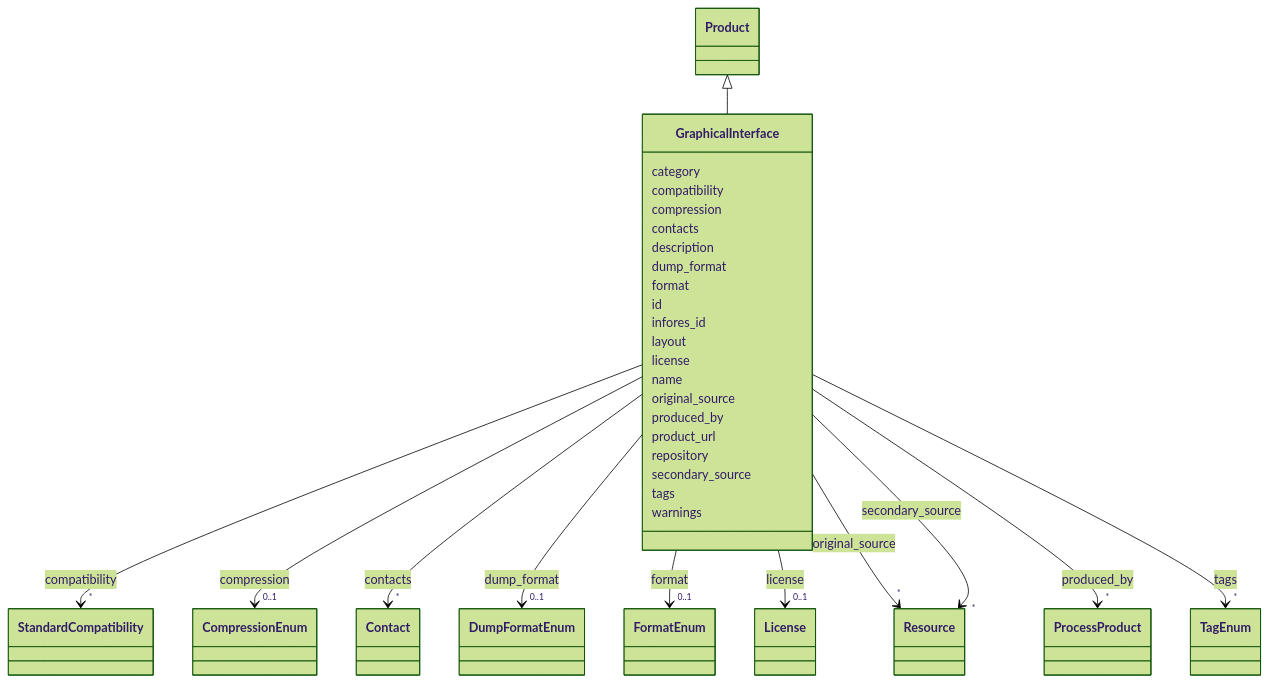
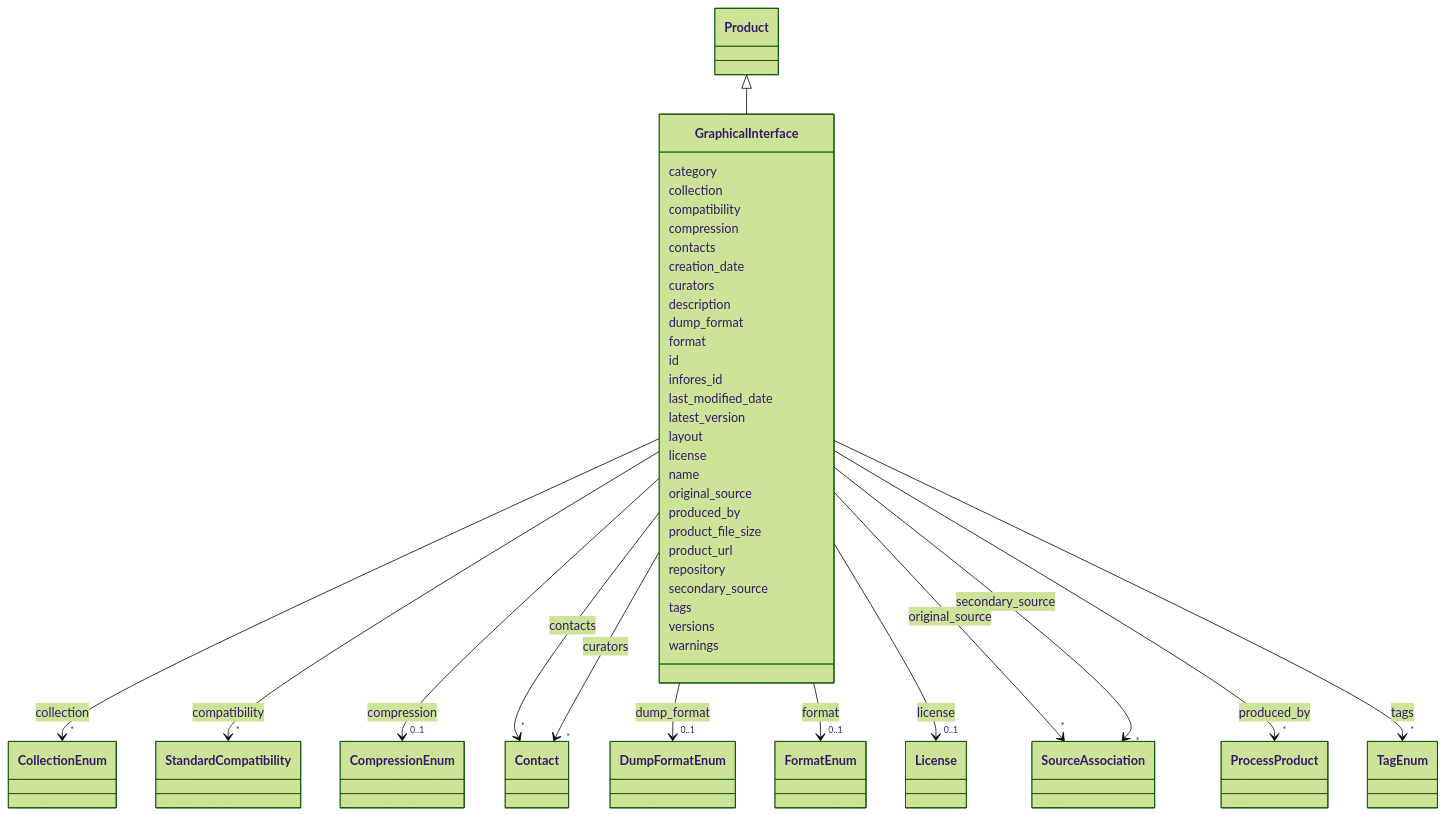
Before and after one commit to Knowledge-Graph-Hub/kg-registry: the diagram in docs/schema/GraphicalInterface.md, drawn with Mermaid (forest theme). The commit also changed other lines of this file and 141 other files, not shown here.

````diff
--- a/docs/schema/GraphicalInterface.md
+++ b/docs/schema/GraphicalInterface.md
@@ -24,117 +23,169 @@
 ```mermaid
  classDiagram
     class GraphicalInterface
-    click GraphicalInterface href "GraphicalInterface.html"
+    click GraphicalInterface href "GraphicalInterface/.html"
       Product <|-- GraphicalInterface
-        click Product href "Product.html"
-      
+        click Product href "Product/.html"
+
       GraphicalInterface : category
-        
+
+      GraphicalInterface : collection
+
+
+
+
+
+        GraphicalInterface --> "*" CollectionEnum : collection
+        click CollectionEnum href "CollectionEnum/.html"
+
+
+
       GraphicalInterface : compatibility
-        
-          
-    
-    
-    GraphicalInterface --> "*" StandardCompatibility : compatibility
-    click StandardCompatibility href "StandardCompatibility.html"
 
-        
+
+
+
+
+        GraphicalInterface --> "*" StandardCompatibility : compatibility
+        click StandardCompatibility href "StandardCompatibility/.html"
+
+
+
       GraphicalInterface : compression
-        
-          
-    
-    
-    GraphicalInterface --> "0..1" CompressionEnum : compression
-    click CompressionEnum href "CompressionEnum.html"
 
-        
+
+
+
+
+        GraphicalInterface --> "0..1" CompressionEnum : compression
+        click CompressionEnum href "CompressionEnum/.html"
+
+
+
       GraphicalInterface : contacts
-        
-          
-    
-    
-    GraphicalInterface --> "*" Contact : contacts
-    click Contact href "Contact.html"
 
-        
+
+
+
+
+        GraphicalInterface --> "*" Contact : contacts
+        click Contact href "Contact/.html"
+
+
+
+      GraphicalInterface : creation_date
+
+      GraphicalInterface : curators
+
+
+
+
+
+        GraphicalInterface --> "*" Contact : curators
+        click Contact href "Contact/.html"
+
+
+
       GraphicalInterface : description
-        
+
       GraphicalInterface : dump_format
-        
-          
-    
-    
-    GraphicalInterface --> "0..1" DumpFormatEnum : dump_format
-    click DumpFormatEnum href "DumpFormatEnum.html"
 
-        
+
+
+
+
+        GraphicalInterface --> "0..1" DumpFormatEnum : dump_format
+        click DumpFormatEnum href "DumpFormatEnum/.html"
+
+
+
       GraphicalInterface : format
-        
-          
-    
-    
-    GraphicalInterface --> "0..1" FormatEnum : format
-    click FormatEnum href "FormatEnum.html"
 
-        
+
+
+
+
+        GraphicalInterface --> "0..1" FormatEnum : format
+        click FormatEnum href "FormatEnum/.html"
+
+
+
       GraphicalInterface : id
-        
+
       GraphicalInterface : infores_id
-        
+
+      GraphicalInterface : last_modified_date
+
+      GraphicalInterface : latest_version
+
       GraphicalInterface : layout
-        
+
       GraphicalInterface : license
-        
-          
-    
-    
-    GraphicalInterface --> "0..1" License : license
-    click License href "License.html"
 
-        
+
+
+
+
+        GraphicalInterface --> "0..1" License : license
+        click License href "License/.html"
+
+
+
       GraphicalInterface : name
-        
+
       GraphicalInterface : original_source
-        
-          
-    
-    
-    GraphicalInterface --> "*" Resource : original_source
-    click Resource href "Resource.html"
 
-        
+
+
+
+
+        GraphicalInterface --> "*" SourceAssociation : original_source
+        click SourceAssociation href "SourceAssociation/.html"
+
+
+
       GraphicalInterface : produced_by
-        
-          
-    
-    
-    GraphicalInterface --> "*" ProcessProduct : produced_by
-    click ProcessProduct href "ProcessProduct.html"
 
-        
+
+
+
+
+        GraphicalInterface --> "*" ProcessProduct : produced_by
+        click ProcessProduct href "ProcessProduct/.html"
+
+
+
+      GraphicalInterface : product_file_size
+
       GraphicalInterface : product_url
-        
+
       GraphicalInterface : repository
-        
+
       GraphicalInterface : secondary_source
-        
-          
-    
-    
-    GraphicalInterface --> "*" Resource : secondary_source
-    click Resource href "Resource.html"
 
-        
+
+
+
+
+        GraphicalInterface --> "*" SourceAssociation : secondary_source
+        click SourceAssociation href "SourceAssociation/.html"
+
+
+
       GraphicalInterface : tags
-        
-          
-    
-    
-    GraphicalInterface --> "*" TagEnum : tags
-    click TagEnum href "TagEnum.html"
 
-        
+
+
+
+
+        GraphicalInterface --> "*" TagEnum : tags
+        click TagEnum href "TagEnum/.html"
+
+
+
+      GraphicalInterface : versions
+
       GraphicalInterface : warnings
-        
-      
+
+
 ```
````
